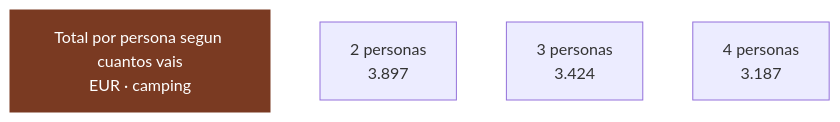
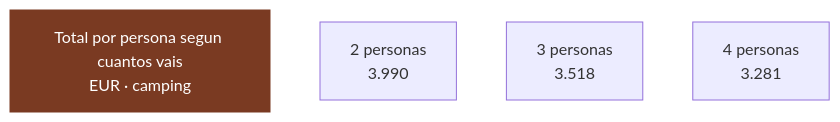
One commit to morandeirachema/namibia changed the eighth of 8 diagrams in 02-presupuesto.md. Above: the diagram before and after it, drawn with Mermaid. The commit also changed other lines of this file and 29 other files, not shown here.

````diff
--- a/02-presupuesto.md
+++ b/02-presupuesto.md
@@ -580,11 +634,11 @@
 ```mermaid
 flowchart LR
     T["Total por persona segun cuantos vais<br/>EUR · camping"]
-    n0["2 personas<br/>3.897"]
-    n1["3 personas<br/>3.424"]
-    n2["4 personas<br/>3.187"]
+    n0["2 personas<br/>3.990"]
+    n1["3 personas<br/>3.518"]
+    n2["4 personas<br/>3.281"]
     T ~~~ n0
     n0 ~~~ n1
     n1 ~~~ n2
     style T fill:#7a3a22,color:#fff,stroke:#7a3a22
 ```
````
